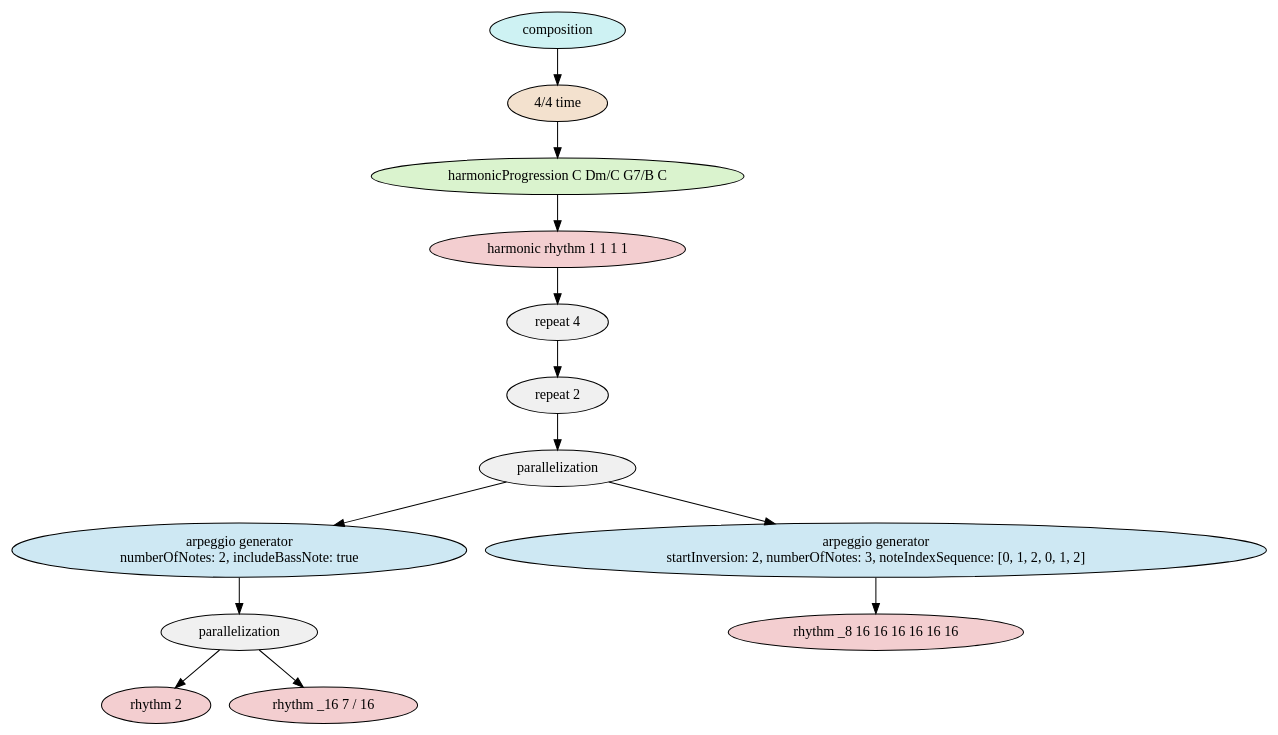
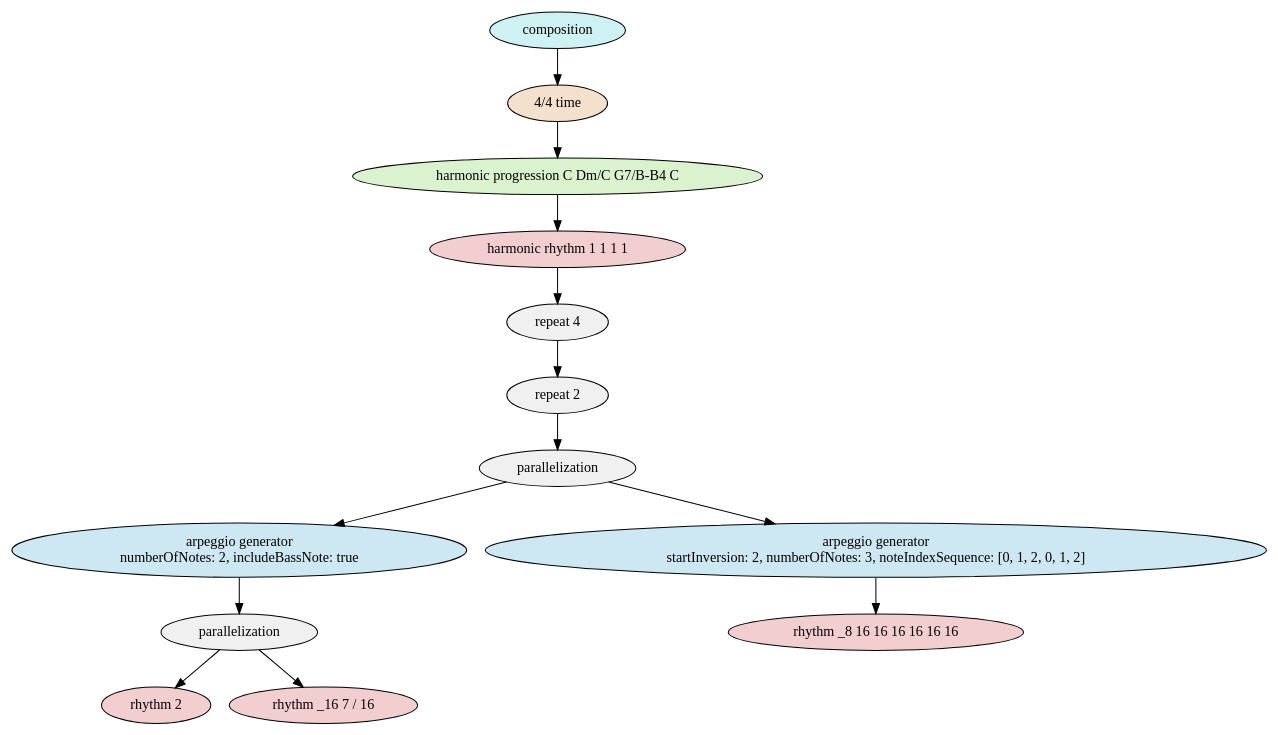
The diagram in Composition Models/Bach/BWV846_Prelude_in_C_Major/BWV846_Prelude_TreeModel.dot (david-pace/mps-examples), drawn with Graphviz before and after one commit. The commit also changed 34 other files, not shown here.

```diff
--- a/Composition Models/Bach/BWV846_Prelude_in_C_Major/BWV846_Prelude_TreeModel.dot
+++ b/Composition Models/Bach/BWV846_Prelude_in_C_Major/BWV846_Prelude_TreeModel.dot
@@ -1,30 +1,30 @@
 digraph compositionModel {
     graph [ordering="out"];
     n0 [fillcolor="#cef2f3",style="filled",label="composition"];
     n1 [fillcolor="#f3e1ce",style="filled",label="4/4 time"];
     n0 -> n1;
-    n2 [fillcolor="#daf3ce",style="filled",label="harmonicProgression C Dm/C G7/B C"];
+    n2 [fillcolor="#daf3ce",style="filled",label="harmonic progression C Dm/C G7/B-B4 C"];
     n1 -> n2;
     n3 [fillcolor="#f3ced0",style="filled",label="harmonic rhythm 1 1 1 1"];
     n2 -> n3;
     n4 [fillcolor="#f0f0f0",style="filled",label="repeat 4"];
     n3 -> n4;
     n5 [fillcolor="#f0f0f0",style="filled",label="repeat 2"];
     n4 -> n5;
     n6 [fillcolor="#f0f0f0",style="filled",label="parallelization"];
     n5 -> n6;
     n7 [fillcolor="#cee8f3",style="filled",label="arpeggio generator
 numberOfNotes: 2, includeBassNote: true"];
     n6 -> n7;
     n8 [fillcolor="#f0f0f0",style="filled",label="parallelization"];
     n7 -> n8;
     n9 [fillcolor="#f3ced0",style="filled",label="rhythm 2"];
     n8 -> n9;
     n10 [fillcolor="#f3ced0",style="filled",label="rhythm _16 7 / 16"];
     n8 -> n10;
     n11 [fillcolor="#cee8f3",style="filled",label="arpeggio generator
 startInversion: 2, numberOfNotes: 3, noteIndexSequence: [0, 1, 2, 0, 1, 2]"];
     n6 -> n11;
     n12 [fillcolor="#f3ced0",style="filled",label="rhythm _8 16 16 16 16 16 16"];
     n11 -> n12;
 }
```
